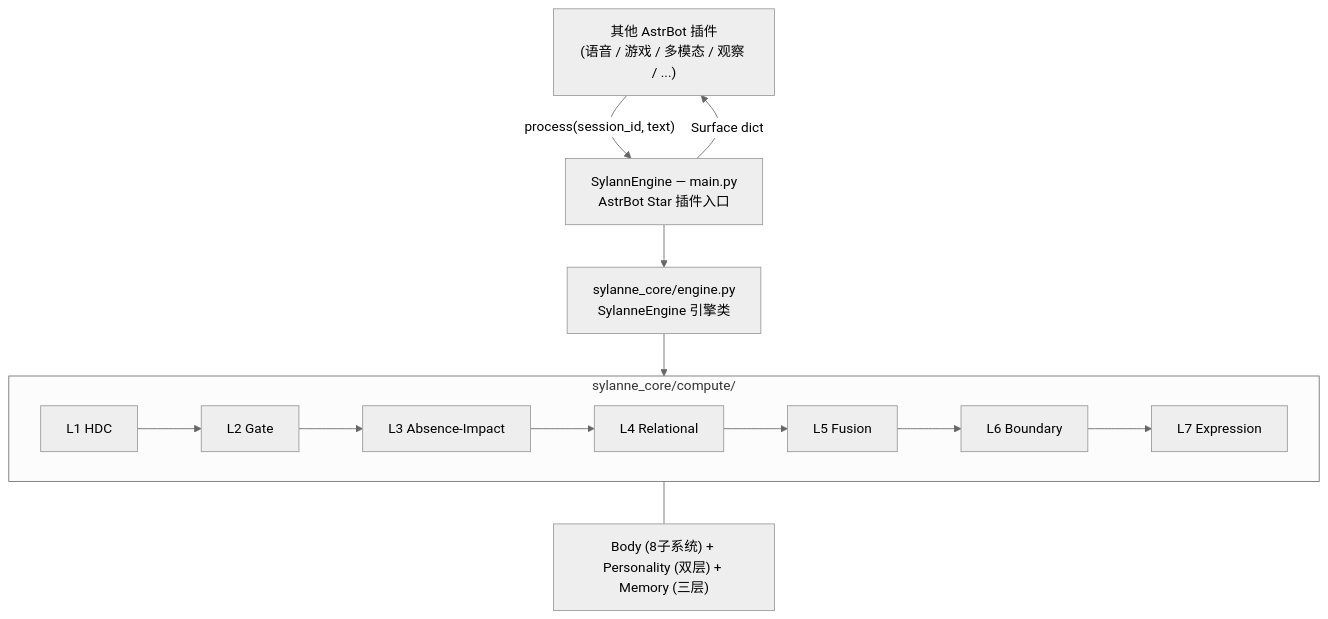
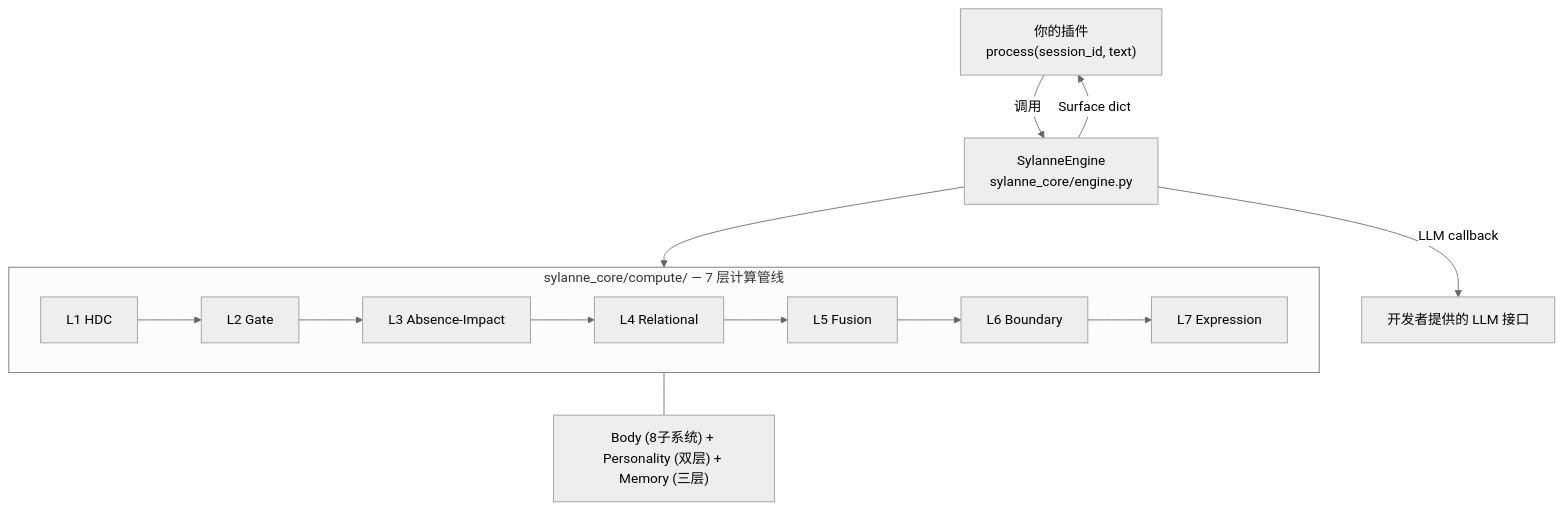
One commit to Ayleovelle/SylannEngine changed the diagram in README.md. Above: the diagram before and after it, drawn with Mermaid (neutral theme). The commit also changed other lines of this file and 1 other file, not shown here.

Commit message:
fix: 架构图去除 main.py, FAQ 更正 LLM 依赖说明, release 标记 prerelease

````diff
--- a/README.md
+++ b/README.md
@@ -195,20 +195,18 @@
 ```mermaid
 graph TD
-    A["其他 AstrBot 插件<br/>(语音 / 游戏 / 多模态 / 观察 / ...)"] -->|"process(session_id, text)"| B
+    A["你的插件<br/>process(session_id, text)"] -->|"调用"| B
     B -->|"Surface dict"| A
 
-    B["SylannEngine — main.py<br/>AstrBot Star 插件入口"]
+    B["SylanneEngine<br/>sylanne_core/engine.py"]
     B --> C
+    B -->|"LLM callback"| LLM["开发者提供的 LLM 接口"]
 
-    C["sylanne_core/engine.py<br/>SylanneEngine 引擎类"]
-    C --> D
-
-    subgraph D["sylanne_core/compute/"]
+    subgraph C["sylanne_core/compute/ — 7 层计算管线"]
         direction LR
         L1["L1 HDC"] --> L2["L2 Gate"] --> L3["L3 Absence-Impact"]
         L3 --> L4["L4 Relational"] --> L5["L5 Fusion"]
         L5 --> L6["L6 Boundary"] --> L7["L7 Expression"]
     end
 
-    D --- E["Body (8子系统) + Personality (双层) + Memory (三层)"]
+    C --- E["Body (8子系统) + Personality (双层) + Memory (三层)"]
 ```
````
